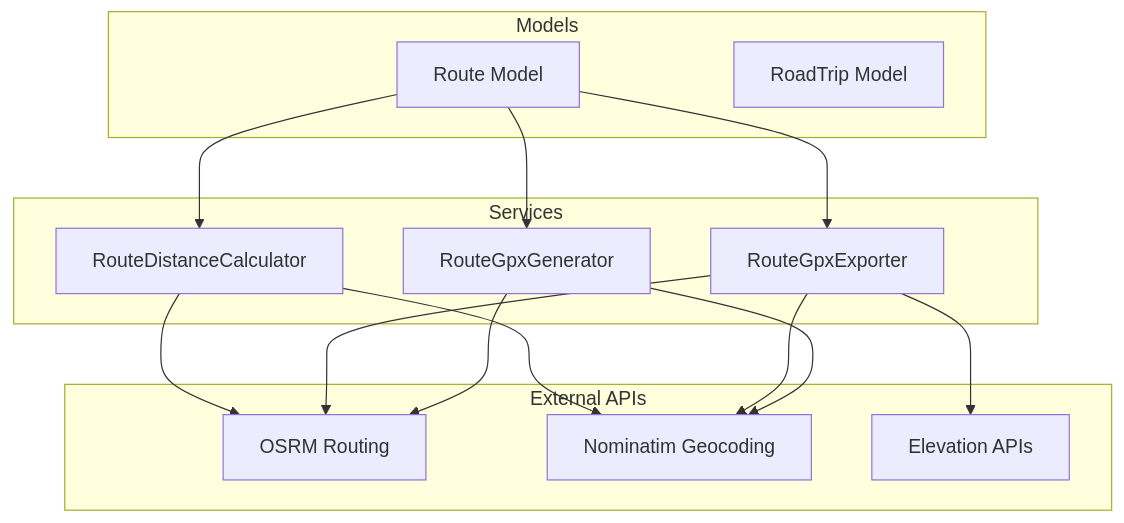
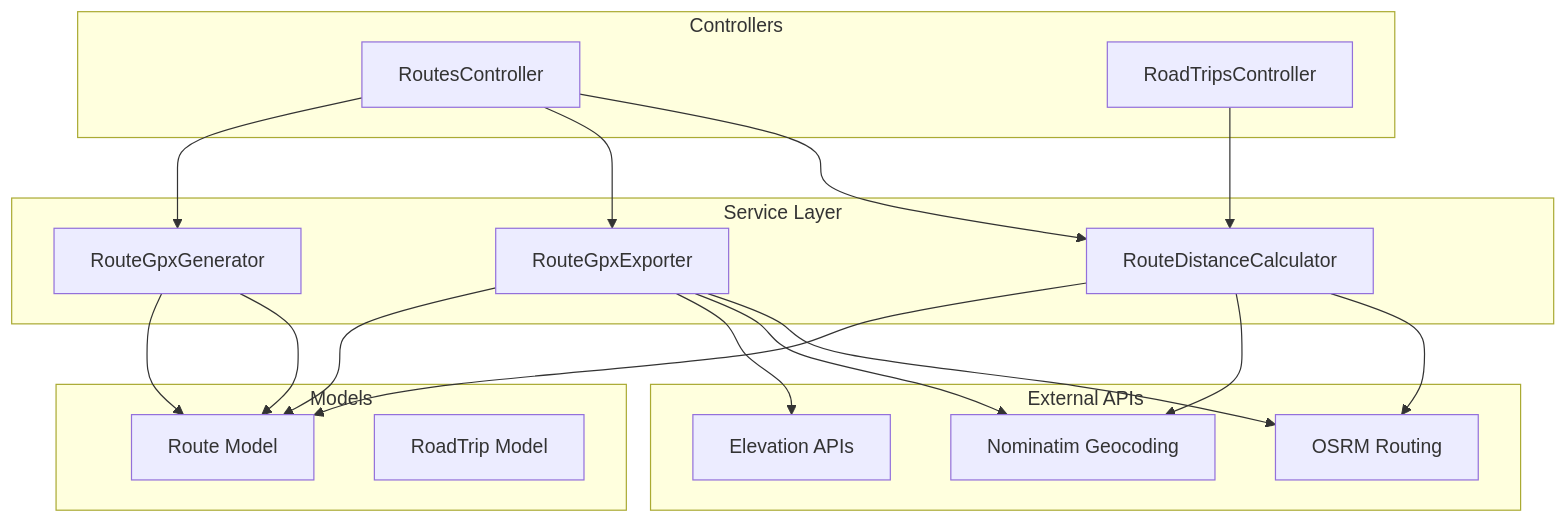
Before and after one commit to mnaray/roadtrip_planner: the diagram in docs/docs/services/overview.md, drawn with Mermaid. The commit also changed other lines of this file and 4 other files, not shown here.

````diff
--- a/docs/docs/services/overview.md
+++ b/docs/docs/services/overview.md
@@ -7,31 +7,40 @@
 ```mermaid
 graph TB
+    subgraph "Controllers"
+        RC[RoutesController]
+        TC[RoadTripsController]
+    end
+    
+    subgraph "Service Layer"
+        RDC[RouteDistanceCalculator]
+        RGE[RouteGpxExporter]
+        RGG[RouteGpxGenerator]
+    end
+    
+    subgraph "External APIs"
+        OSRM[OSRM Routing]
+        NOM[Nominatim Geocoding]
+        ELEV[Elevation APIs]
+    end
+    
     subgraph "Models"
         Route[Route Model]
         Trip[RoadTrip Model]
     end
     
-    subgraph "Services"
-        Calc[RouteDistanceCalculator]
-        Export[RouteGpxExporter]
-        Gen[RouteGpxGenerator]
-    end
+    RC --> RDC
+    RC --> RGE
+    RC --> RGG
+    TC --> RDC
     
-    subgraph "External APIs"
-        OSRM[OSRM Routing]
-        Nominatim[Nominatim Geocoding]
-        Elevation[Elevation APIs]
-    end
+    RDC --> OSRM
+    RDC --> NOM
+    RGE --> OSRM
+    RGE --> NOM
+    RGE --> ELEV
+    RGG --> Route
     
-    Route --> Calc
-    Route --> Export
-    Route --> Gen
-    
-    Calc --> OSRM
-    Calc --> Nominatim
-    Export --> OSRM
-    Export --> Nominatim
-    Export --> Elevation
-    Gen --> OSRM
-    Gen --> Nominatim
+    RDC --> Route
+    RGE --> Route
+    RGG --> Route
 ```
````
